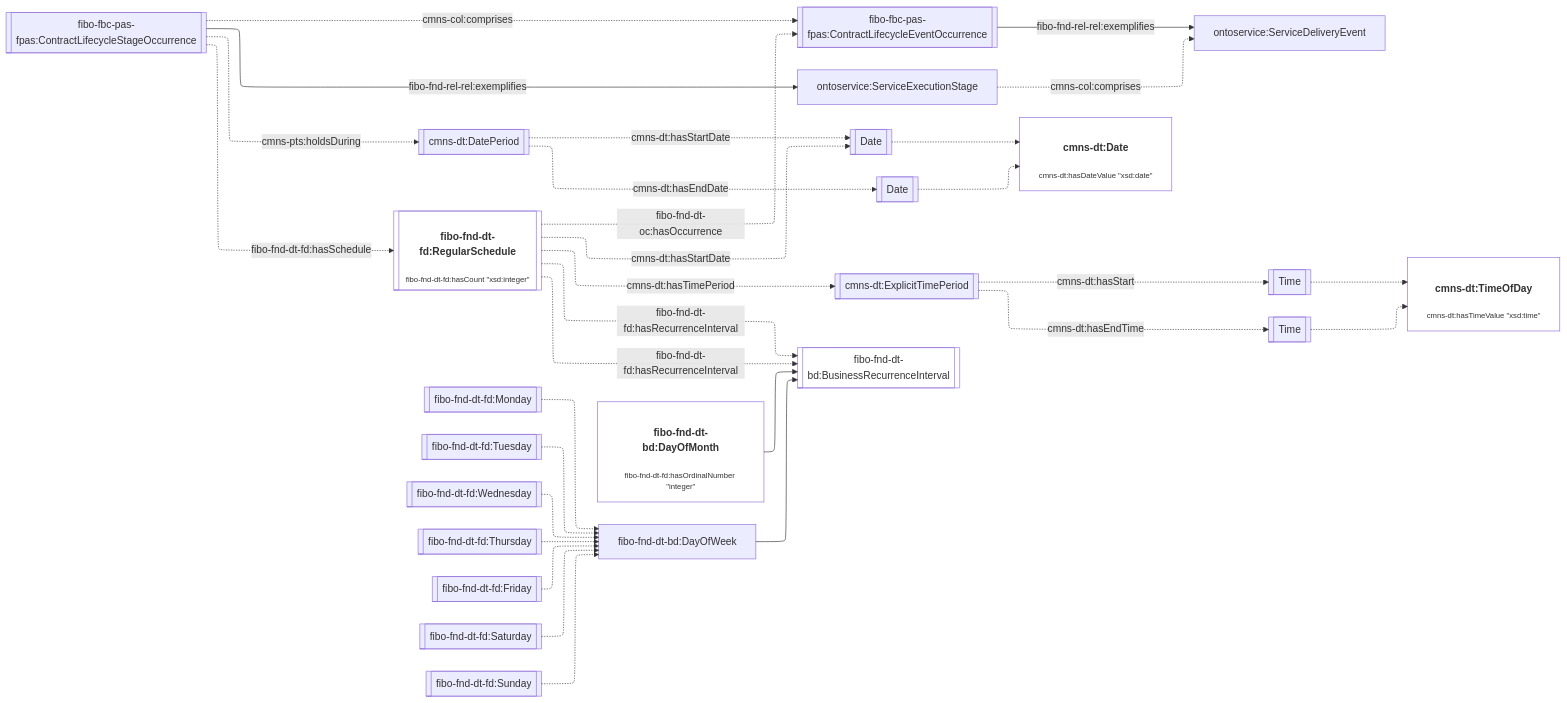
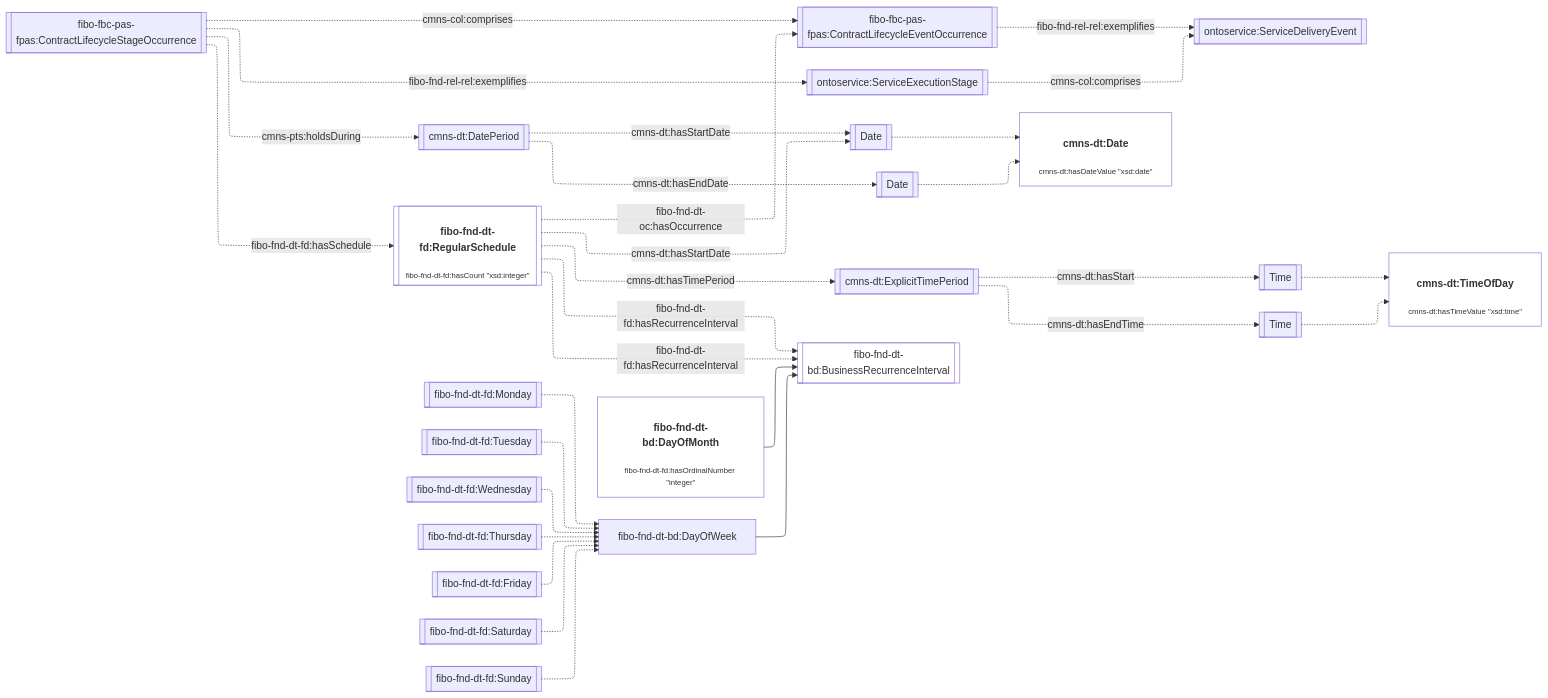
One commit to cambridge-cares/TheWorldAvatar changed the seventh of 12 diagrams in JPS_Ontology/ontology/ontoservice/README.md. Above: the diagram before and after it, drawn with Mermaid. The commit also changed other lines of this file and 2 other files, not shown here.

Commit message:
dev-service-execution-ontology-extension: update documentation based on review comments

````diff
--- a/JPS_Ontology/ontology/ontoservice/README.md
+++ b/JPS_Ontology/ontology/ontoservice/README.md
@@ -298,42 +296,42 @@
 ```mermaid
 %%{init: {"flowchart": {"defaultRenderer": "elk"}} }%%
 flowchart LR
     %% Styling
     classDef literal fill:none
     classDef node overflow-wrap:break-word,text-wrap:pretty
     linkStyle default overflow-wrap:break-word,text-wrap:pretty;
 
     %% Contents
     StageOccurrence[[fibo-fbc-pas-fpas:ContractLifecycleStageOccurrence]] -. cmns-col:comprises .-> EventOccurrence[[fibo-fbc-pas-fpas:ContractLifecycleEventOccurrence]]
-    StageOccurrence -- fibo-fnd-rel-rel:exemplifies --> ServiceExecutionStage[ontoservice:ServiceExecutionStage]
-    EventOccurrence -- fibo-fnd-rel-rel:exemplifies --> Event[ontoservice:ServiceDeliveryEvent]
+    StageOccurrence -. fibo-fnd-rel-rel:exemplifies .-> ServiceExecutionStage[[ontoservice:ServiceExecutionStage]]
+    EventOccurrence -. fibo-fnd-rel-rel:exemplifies .-> Event[[ontoservice:ServiceDeliveryEvent]]
     ServiceExecutionStage -. cmns-col:comprises .-> Event
     StageOccurrence -. cmns-pts:holdsDuring .-> DatePeriod[[cmns-dt:DatePeriod]]
     DatePeriod -. cmns-dt:hasStartDate .-> StartDate[[Date]]
     DatePeriod -. cmns-dt:hasEndDate .-> EndDate[[Date]]
     StartDate -.-> Date["<h4>cmns-dt:Date</h4><p style='font-size:0.75rem;'>cmns-dt:hasDateValue &quot;xsd:date&quot;</p>"]:::literal
     EndDate -.-> Date
 
     StageOccurrence -. fibo-fnd-dt-fd:hasSchedule .-> Schedule[["<h4>fibo-fnd-dt-fd:RegularSchedule</h4><p style='font-size:0.75rem;'>fibo-fnd-dt-fd:hasCount &quot;xsd:integer&quot;</p>"]]:::literal
     Schedule -. fibo-fnd-dt-oc:hasOccurrence .-> EventOccurrence
 
     Schedule -. cmns-dt:hasTimePeriod .-> TimePeriod[[cmns-dt:ExplicitTimePeriod]]
     TimePeriod -. cmns-dt:hasStart .-> StartTime[[Time]]
     TimePeriod -. cmns-dt:hasEndTime .-> EndTime[[Time]]
     StartTime -.-> Time["<h4>cmns-dt:TimeOfDay</h4><p style='font-size:0.75rem;'>cmns-dt:hasTimeValue &quot;xsd:time&quot;</p>"]:::literal
     EndTime -.-> Time
 
     Schedule -. cmns-dt:hasStartDate .-> StartDate
     Schedule -. fibo-fnd-dt-fd:hasRecurrenceInterval .-> Recurrence[["<h4>fibo-fnd-dt-fd:ExplicitRecurrenceInterval</h4><p style='font-size:0.75rem;'>cmns-dt:hasDurationValue &quot;ISO8601_duration&quot;</p>"]]:::literal
     Schedule -. fibo-fnd-dt-fd:hasRecurrenceInterval .-> Recurrence[[fibo-fnd-dt-bd:BusinessRecurrenceInterval]]
 
     DayOfMonth["<h4>fibo-fnd-dt-bd:DayOfMonth</h4><p style='font-size:0.75rem;'>fibo-fnd-dt-fd:hasOrdinalNumber &quot;integer&quot;</p>"]:::literal --> Recurrence
     DayOfWeek[fibo-fnd-dt-bd:DayOfWeek] --> Recurrence
     Monday[[fibo-fnd-dt-fd:Monday]] -.-> DayOfWeek
     Tuesday[[fibo-fnd-dt-fd:Tuesday]] -.-> DayOfWeek
     Wednesday[[fibo-fnd-dt-fd:Wednesday]] -.-> DayOfWeek
     Thursday[[fibo-fnd-dt-fd:Thursday]] -.-> DayOfWeek
     Friday[[fibo-fnd-dt-fd:Friday]] -.-> DayOfWeek
     Saturday[[fibo-fnd-dt-fd:Saturday]] -.-> DayOfWeek
     Sunday[[fibo-fnd-dt-fd:Sunday]] -.-> DayOfWeek
 ```
````
